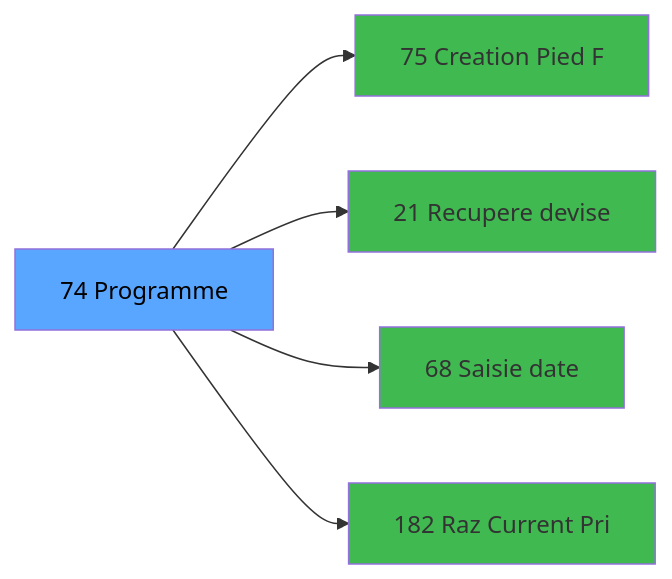
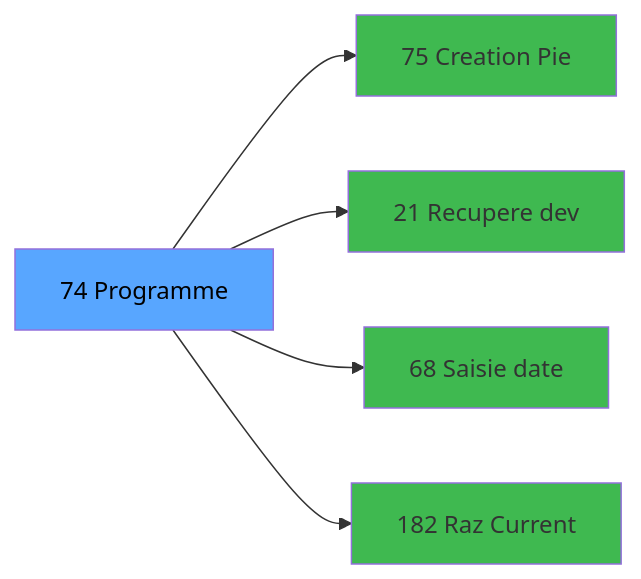
Before and after one commit to thonyAGP/magic-migration: the third of 3 diagrams in .openspec/specs/ADH-IDE-74.md, drawn with Mermaid. The commit also changed other lines of this file and 323 other files, not shown here.

````diff
--- a/.openspec/specs/ADH-IDE-74.md
+++ b/.openspec/specs/ADH-IDE-74.md
@@ -122,17 +145,17 @@
 ```mermaid
 graph LR
     T[74 Programme]
-    C75[75 Creation Pied F]
+    C75[75 Creation Pie]
     T --> C75
-    C21[21 Recupere devise]
+    C21[21 Recupere dev]
     T --> C21
     C68[68  Saisie date]
     T --> C68
-    C182[182 Raz Current Pri]
+    C182[182 Raz Current ]
     T --> C182
     style T fill:#58a6ff,color:#000
     style C75 fill:#3fb950
     style C21 fill:#3fb950
     style C68 fill:#3fb950
     style C182 fill:#3fb950
 ```
````
